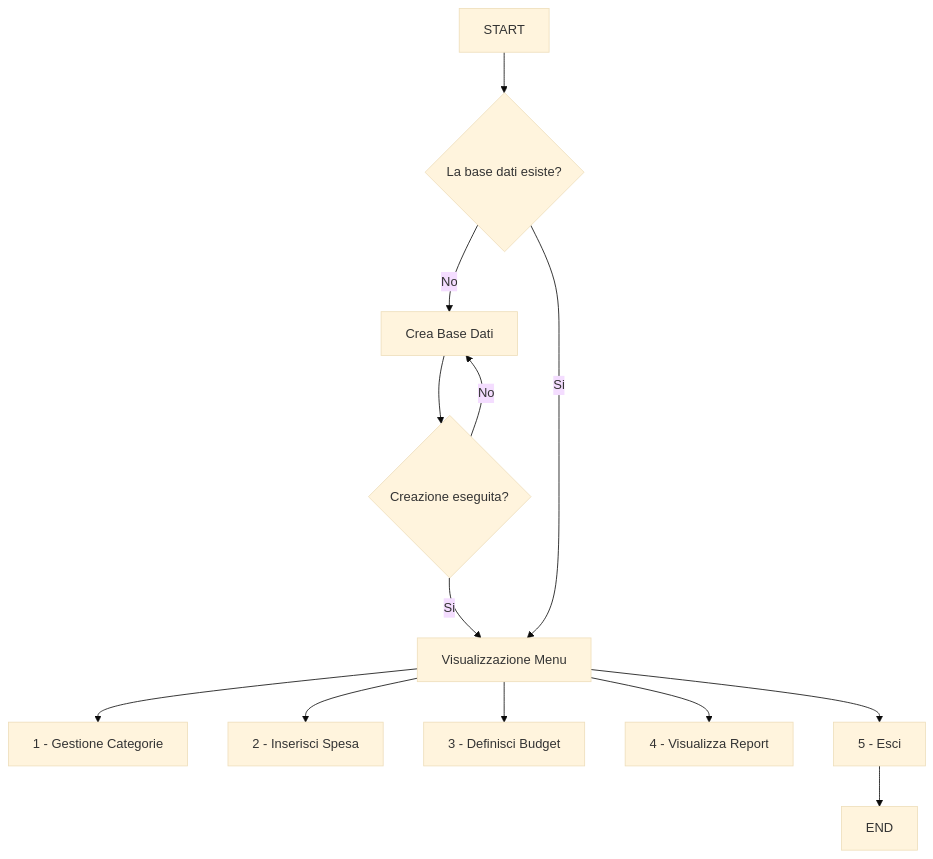
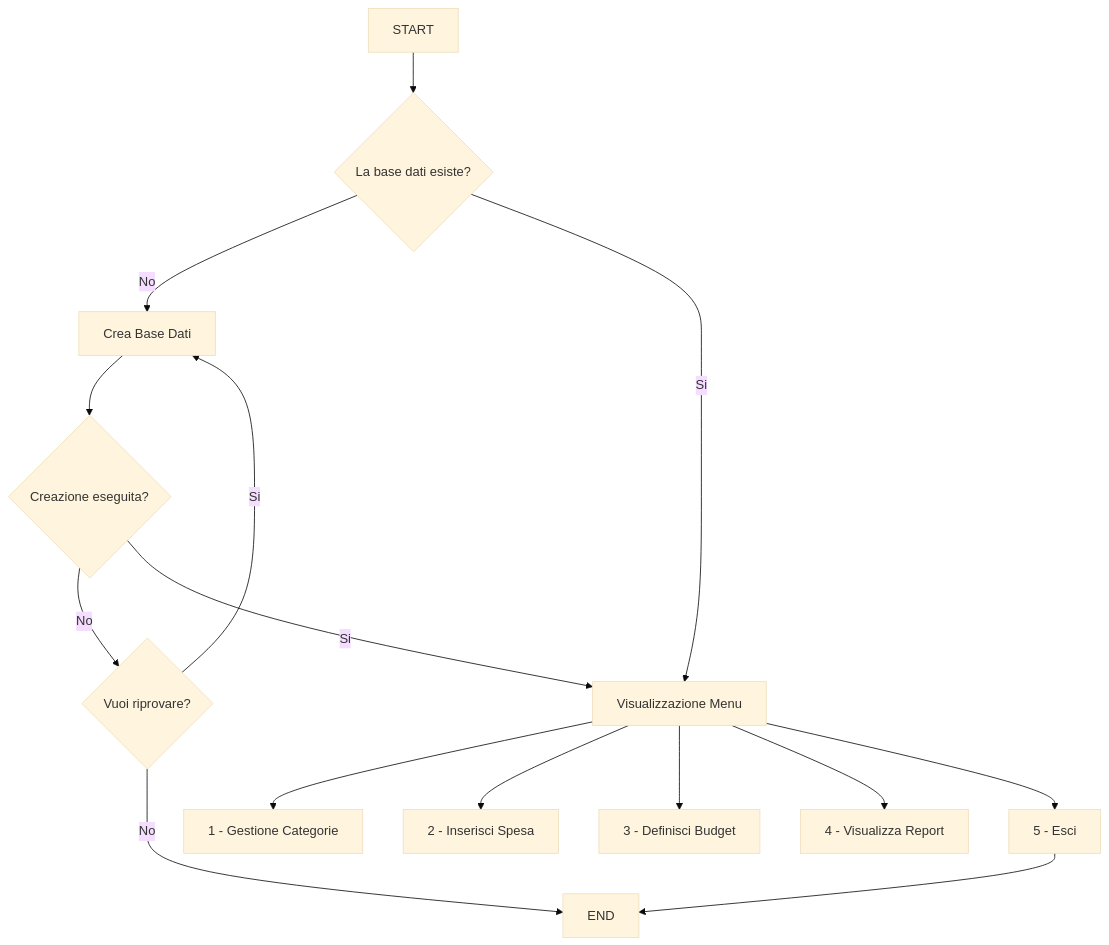
Before and after one commit to gaetano-falletta/GaetanoFallettaPersonalExpenseSystem: the diagram in README.md, drawn with Mermaid (base theme).

````diff
--- a/README.md
+++ b/README.md
@@ -3,19 +3,21 @@
 ```mermaid
 flowchart TD
     A[START] --> B{La base dati esiste?}
 
     B -- No --> C[Crea Base Dati]
     C --> D{Creazione eseguita?}
-    D -- No --> C
+    D -- No --> H{Vuoi riprovare?}
+    H -- Si --> C
+    H -- No --> G[END]
     D -- Si --> E[Visualizzazione Menu]
 
     B -- Si --> E
 
     E --> F1[1 - Gestione Categorie]
     E --> F2[2 - Inserisci Spesa]
     E --> F3[3 - Definisci Budget]
     E --> F4[4 - Visualizza Report]
     E --> F5[5 - Esci]
 
     F5 --> G[END]
 ```
````
